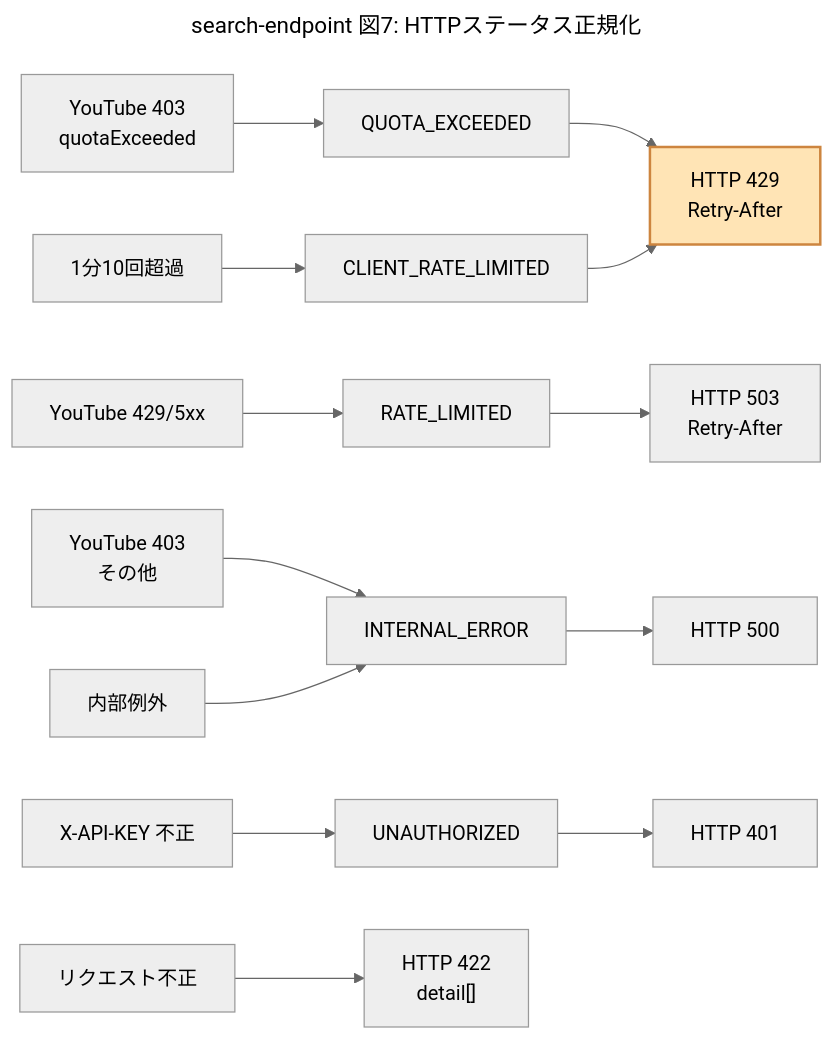
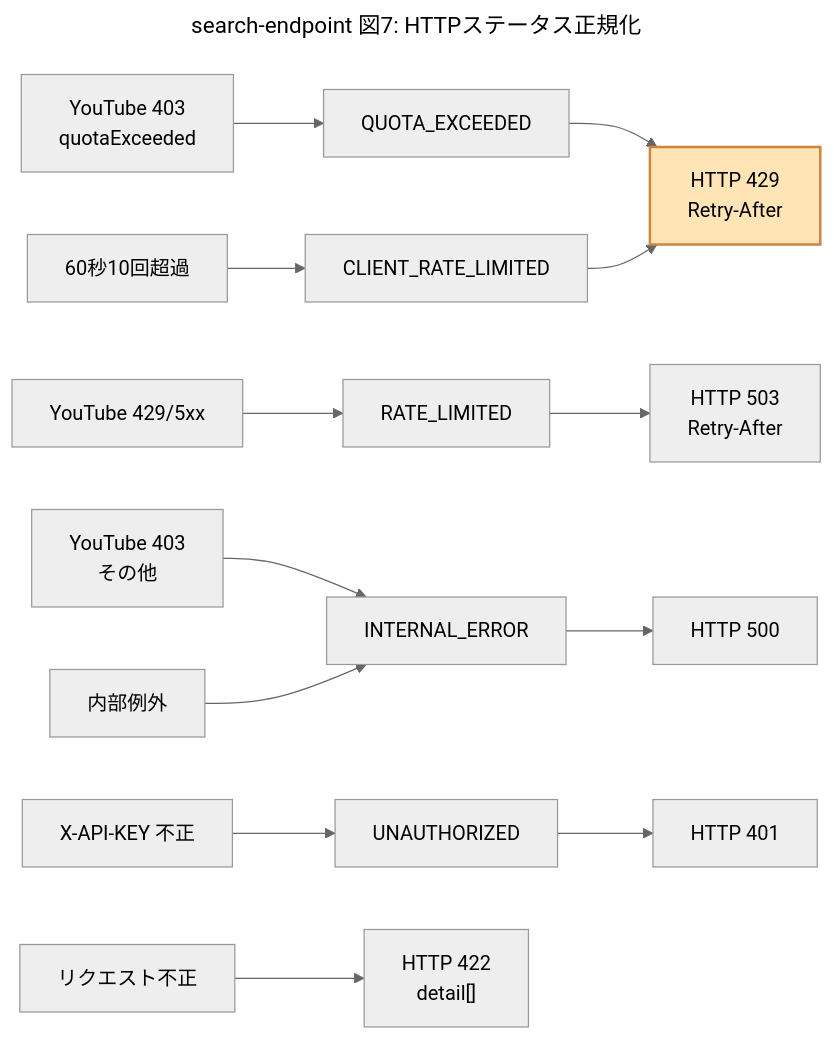
Before and after one commit to hirokun-hub/youtube_summary_api: the seventh of 7 diagrams in .kiro/specs/search-endpoint/design.md, drawn with Mermaid. The commit also changed other lines of this file and 8 other files, not shown here.

````diff
--- a/.kiro/specs/search-endpoint/design.md
+++ b/.kiro/specs/search-endpoint/design.md
@@ -1062,40 +1078,40 @@
 ```mermaid
 ---
 title: "search-endpoint 図7: HTTPステータス正規化"
 config:
   theme: neutral
   sequence:
     showSequenceNumbers: true
 ---
 flowchart LR
     YT403Q["YouTube 403<br>quotaExceeded"]
     YT5XX["YouTube 429/5xx"]
     YT403O["YouTube 403<br>その他"]
     Internal["内部例外"]
     Auth["X-API-KEY 不正"]
     Schema["リクエスト不正"]
-    Burst["1分10回超過"]
+    Burst["60秒10回超過"]
 
     QE["QUOTA_EXCEEDED"]
     RL["RATE_LIMITED"]
     IE["INTERNAL_ERROR"]
     UA["UNAUTHORIZED"]
     CRL["CLIENT_RATE_LIMITED"]
 
     H429R["HTTP 429<br>Retry-After"]
     H503["HTTP 503<br>Retry-After"]
     H500["HTTP 500"]
     H401["HTTP 401"]
     H422["HTTP 422<br>detail[]"]
 
     YT403Q --> QE --> H429R
     YT5XX --> RL --> H503
     YT403O --> IE
     Internal --> IE --> H500
     Auth --> UA --> H401
     Schema --> H422
     Burst --> CRL --> H429R
 
     classDef accent fill:#ffe4b5,stroke:#cd853f,stroke-width:2px
     class H429R accent
 ```
````
